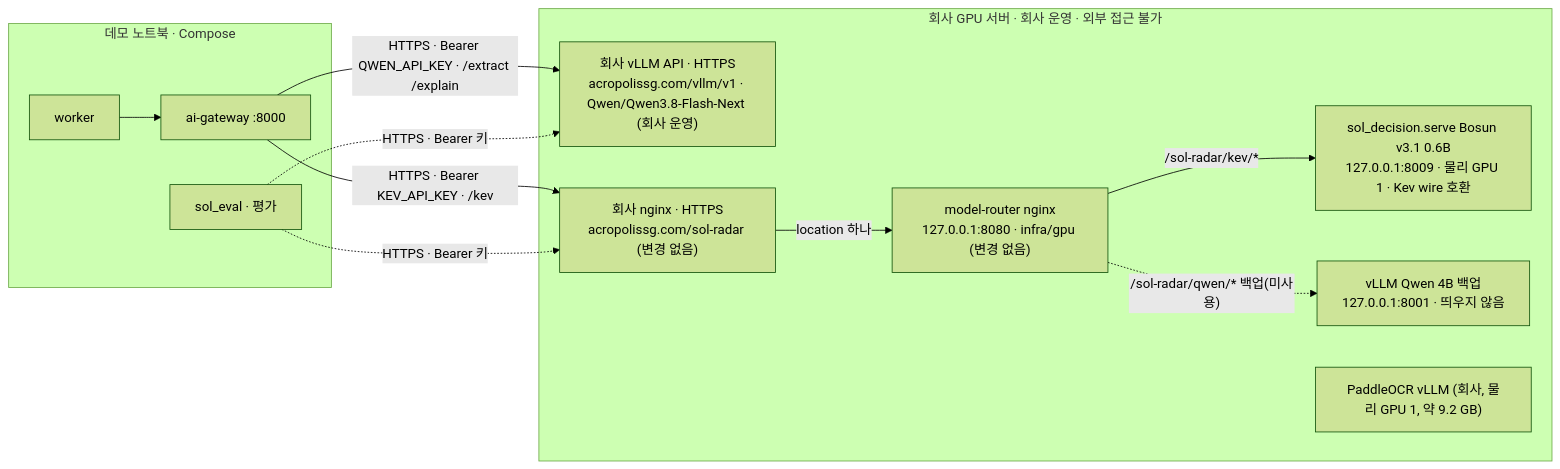
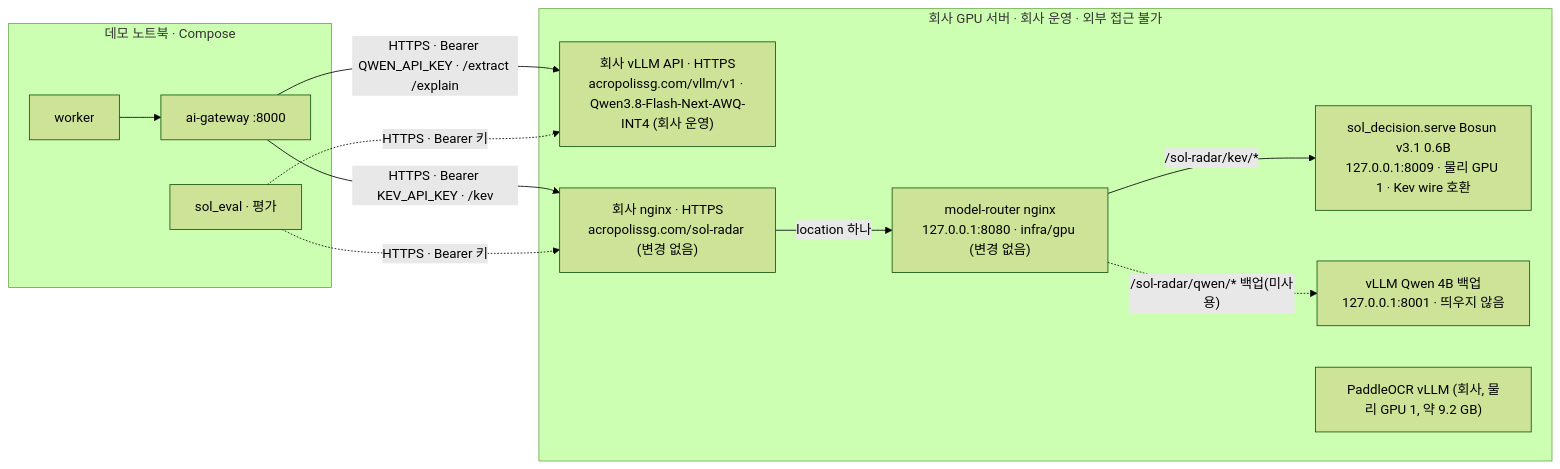
The diagram in docs/10-DEPLOYMENT.md (solideoai/sol-radar), drawn with Mermaid (forest theme) before and after one commit. The commit also changed other lines of this file and 16 other files, not shown here.

````diff
--- a/docs/10-DEPLOYMENT.md
+++ b/docs/10-DEPLOYMENT.md
@@ -181,19 +183,19 @@
 ```mermaid
 flowchart LR
  subgraph LAPTOP[데모 노트북 · Compose]
   W[worker] --> G[ai-gateway :8000]
   E[sol_eval · 평가]
  end
  subgraph GPU["회사 GPU 서버 · 회사 운영 · 외부 접근 불가"]
-  V["회사 vLLM API · HTTPS<br/>acropolissg.com/vllm/v1 · Qwen/Qwen3.8-Flash-Next (회사 운영)"]
+  V["회사 vLLM API · HTTPS<br/>acropolissg.com/vllm/v1 · Qwen3.8-Flash-Next-AWQ-INT4 (회사 운영)"]
   EP["회사 nginx · HTTPS<br/>acropolissg.com/sol-radar (변경 없음)"]
   EP -- "location 하나" --> RT["model-router nginx<br/>127.0.0.1:8080 · infra/gpu (변경 없음)"]
   RT -- "/sol-radar/kev/*" --> K["sol_decision.serve Bosun v3.1 0.6B<br/>127.0.0.1:8009 · 물리 GPU 1 · Kev wire 호환"]
   RT -. "/sol-radar/qwen/* 백업(미사용)" .-> Q["vLLM Qwen 4B 백업<br/>127.0.0.1:8001 · 띄우지 않음"]
   P["PaddleOCR vLLM (회사, 물리 GPU 1, 약 9.2 GB)"]
  end
  G -- "HTTPS · Bearer QWEN_API_KEY · /extract /explain" --> V
  G -- "HTTPS · Bearer KEV_API_KEY · /kev" --> EP
  E -. "HTTPS · Bearer 키" .-> V
  E -. "HTTPS · Bearer 키" .-> EP
 ```
````
